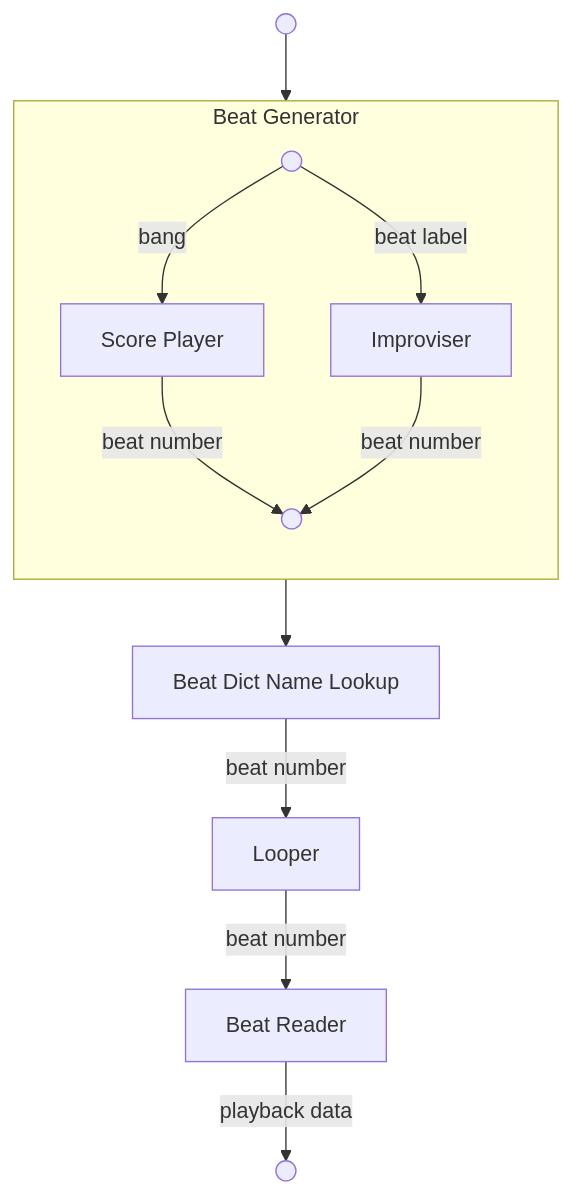
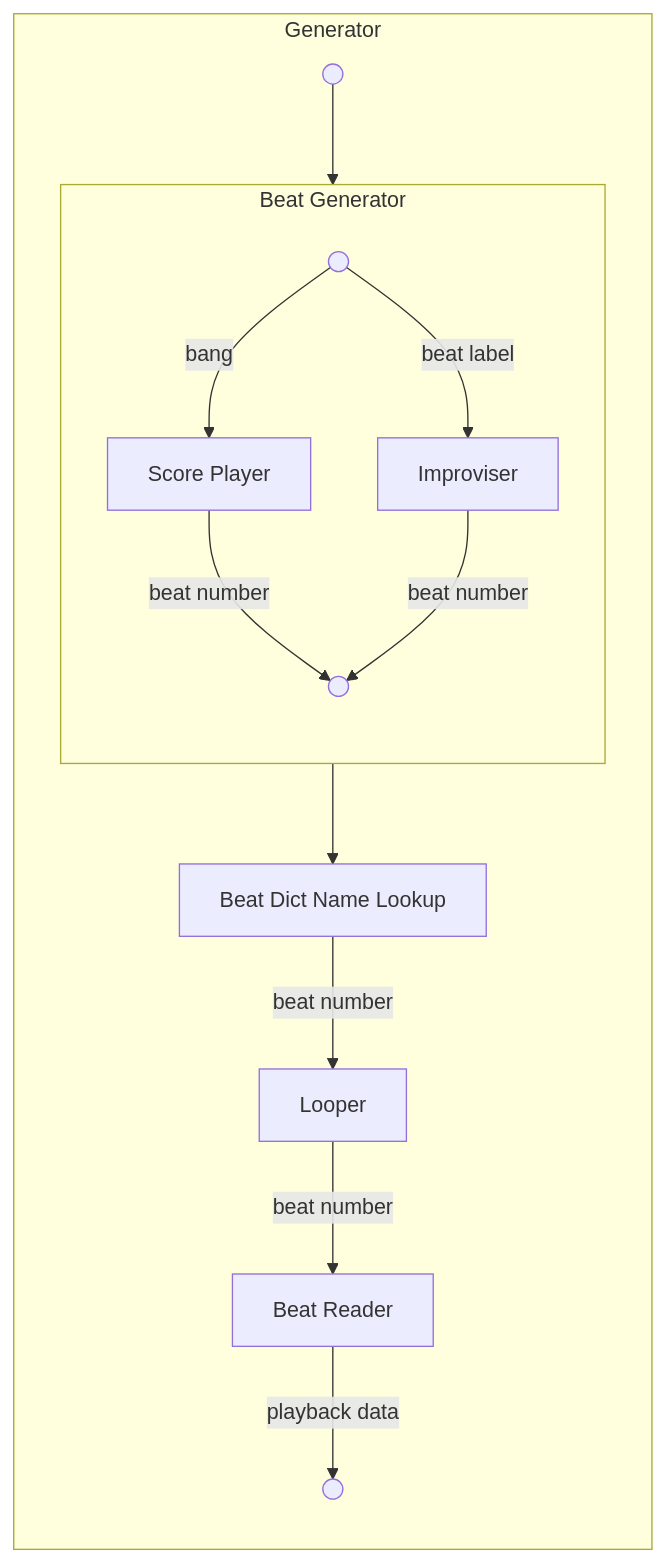
One commit to repmus-docs/DjazzDocs changed the first of 2 diagrams in content/3_API/5_improvisation/1_generator_components/_index.md. Above: the diagram before and after it, drawn with Mermaid.

Commit message:
added encapsulation to generator flow graph

```diff
--- a/content/3_API/5_improvisation/1_generator_components/_index.md
+++ b/content/3_API/5_improvisation/1_generator_components/_index.md
@@ -9,23 +9,28 @@
 {{<mermaid align="left">}}
 flowchart TB;
+
+subgraph G[Generator];
+direction TB
 
 in(( ))
 out(( ))
 
 subgraph BNG[Beat Generator];
 direction TB
     in1(( ))
     scoreplayer[Score Player]
     improviser[Improviser]
     out1(( ))
     in1 -->|bang| scoreplayer -->|beat number| out1
     in1 -->|beat label| improviser -->|beat number| out1
 end
 
 bdnl[Beat Dict Name Lookup]
 loop[Looper]
 br[Beat Reader]
 in -->in1
 out1 -->bdnl -->|beat number| loop -->|beat number| br -->|playback data| out
 
+end
+
 {{< /mermaid >}}
```
